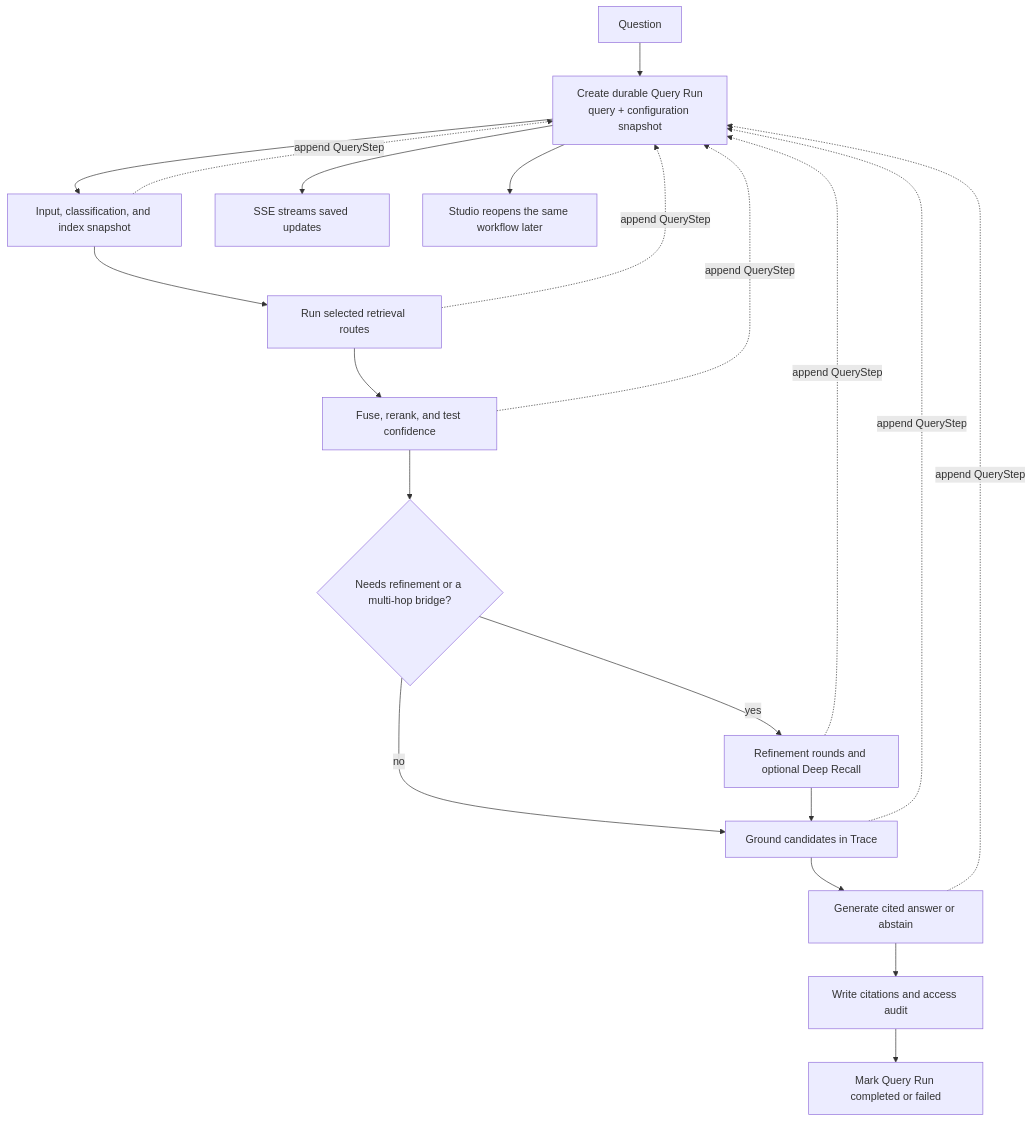
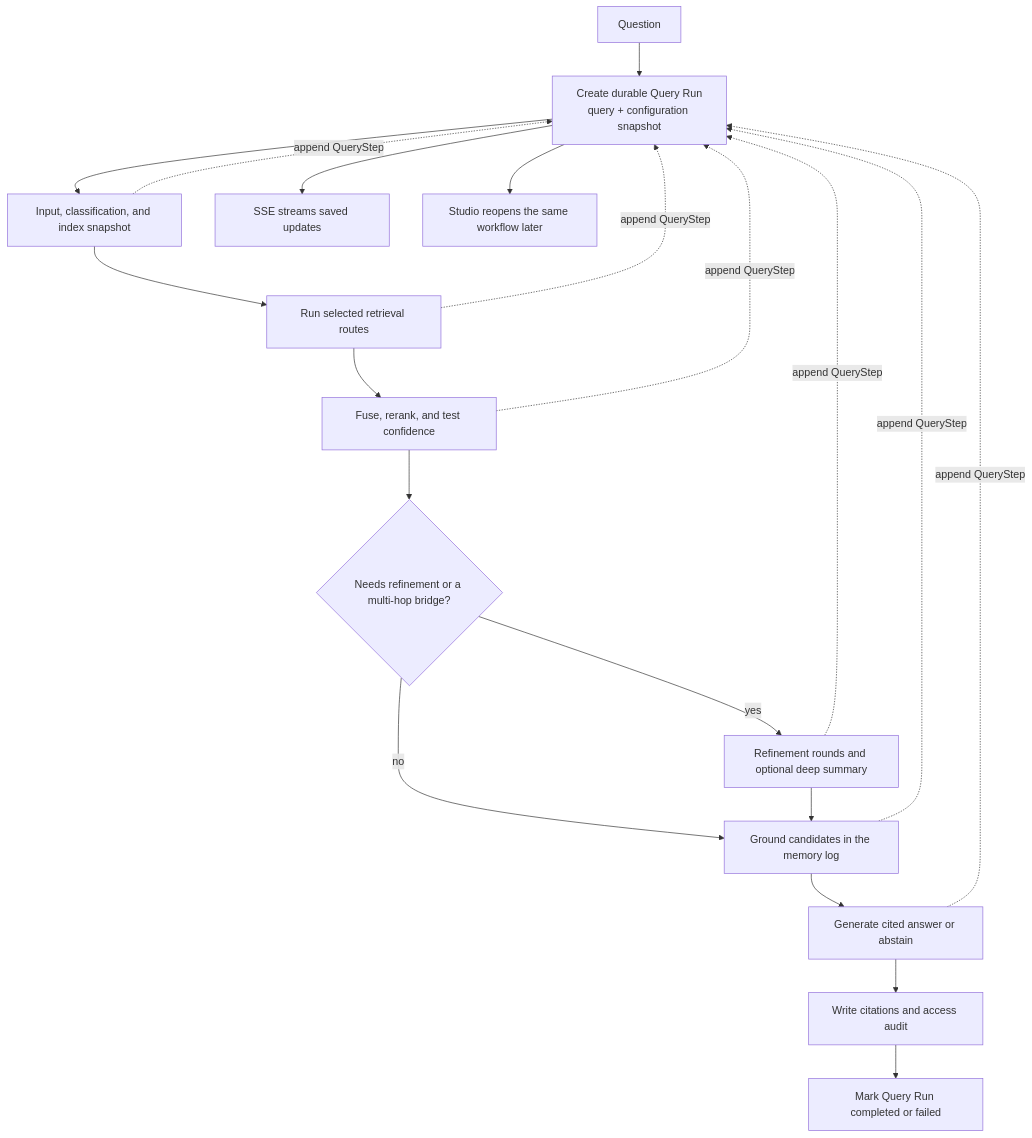
Before and after one commit to shanmukh05/trisynapse-memory: diagram 11 of 13 in docs/architecture.md, drawn with Mermaid. The commit also changed other lines of this file and 67 other files, not shown here.

````diff
--- a/docs/architecture.md
+++ b/docs/architecture.md
@@ -530,23 +551,23 @@
 ```mermaid
 flowchart TD
     Q["Question"] --> QR["Create durable Query Run\nquery + configuration snapshot"]
     QR --> P["Input, classification, and index snapshot"]
     P --> R["Run selected retrieval routes"]
     R --> F["Fuse, rerank, and test confidence"]
     F --> D{"Needs refinement or a multi-hop bridge?"}
-    D -->|"yes"| RF["Refinement rounds and optional Deep Recall"]
-    D -->|"no"| T["Ground candidates in Trace"]
+    D -->|"yes"| RF["Refinement rounds and optional deep summary"]
+    D -->|"no"| T["Ground candidates in the memory log"]
     RF --> T
     T --> A["Generate cited answer or abstain"]
     A --> AUDIT["Write citations and access audit"]
     AUDIT --> DONE["Mark Query Run completed or failed"]
 
     P -. append QueryStep .-> QR
     R -. append QueryStep .-> QR
     F -. append QueryStep .-> QR
     RF -. append QueryStep .-> QR
     T -. append QueryStep .-> QR
     A -. append QueryStep .-> QR
     QR --> SSE["SSE streams saved updates"]
     QR --> HIST["Studio reopens the same workflow later"]
 ```
````
